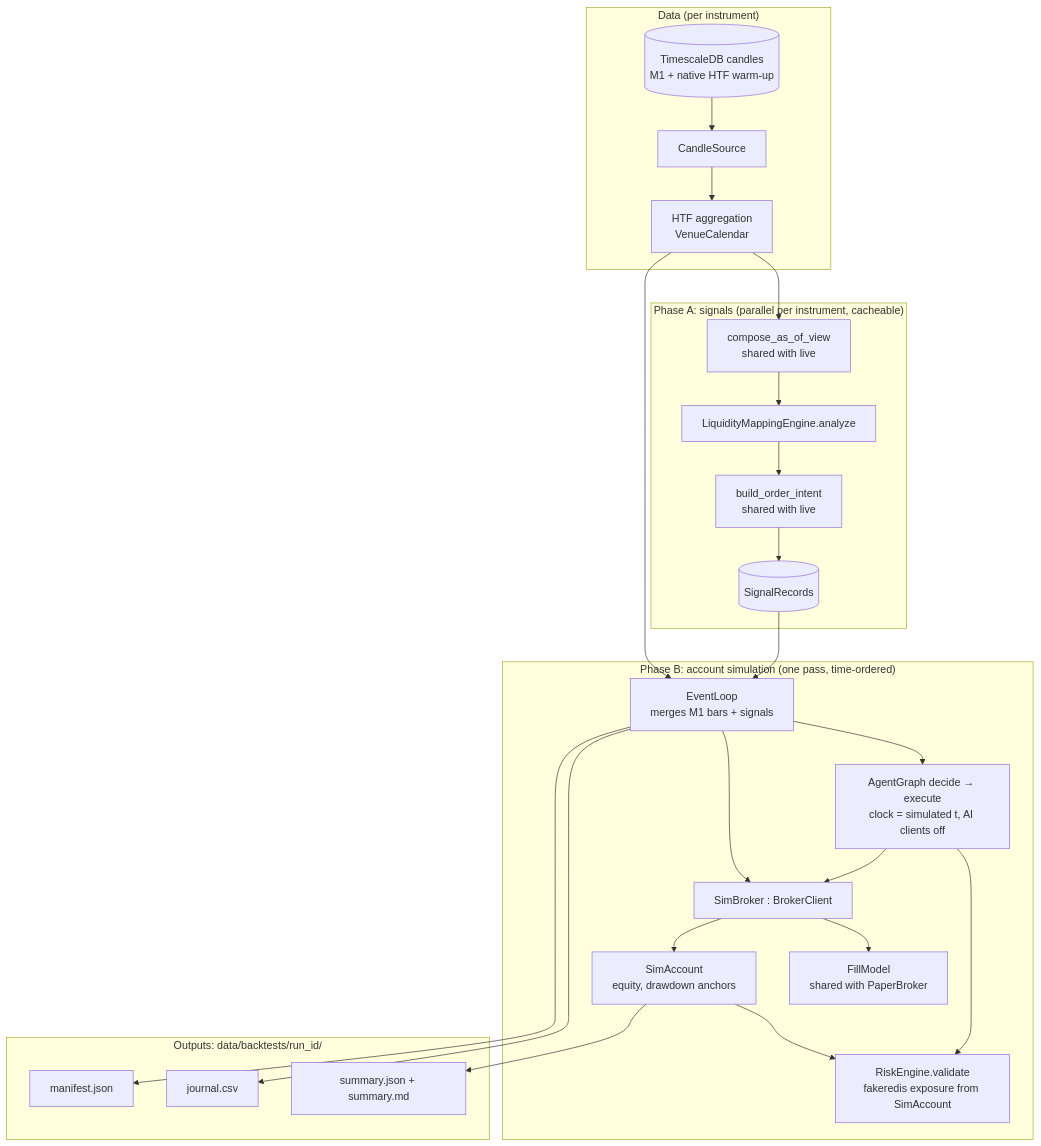
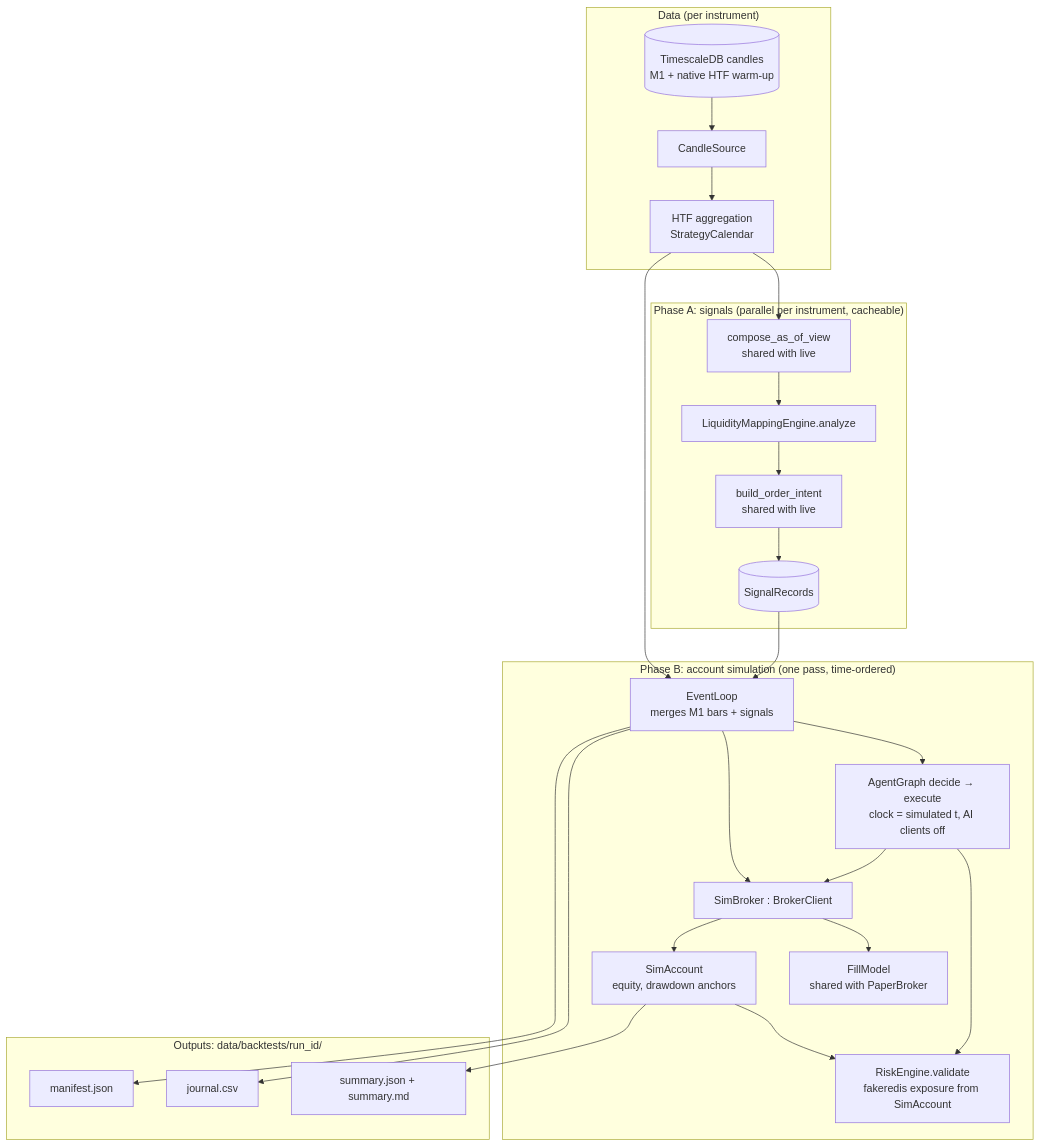
Before and after one commit to RonoHenry/AgentICTrader: the diagram in .kiro/specs/algo-backtester/design.md, drawn with Mermaid. The commit also changed other lines of this file and 2 other files, not shown here.

First line of the commit message:
docs(algo-backtester): broker profiles, New York-close calendar, spread floor

````diff
--- a/.kiro/specs/algo-backtester/design.md
+++ b/.kiro/specs/algo-backtester/design.md
@@ -38,41 +39,41 @@
 ```mermaid
 flowchart TB
     subgraph Data["Data (per instrument)"]
         DB[(TimescaleDB candles<br/>M1 + native HTF warm-up)]
         SRC[CandleSource]
-        AGG[HTF aggregation<br/>VenueCalendar]
+        AGG[HTF aggregation<br/>StrategyCalendar]
         DB --> SRC --> AGG
     end
 
     subgraph PhaseA["Phase A: signals (parallel per instrument, cacheable)"]
         VIEW[compose_as_of_view<br/>shared with live]
         ENG[LiquidityMappingEngine.analyze]
         OI[build_order_intent<br/>shared with live]
         AGG --> VIEW --> ENG --> OI
         OI --> SIG[(SignalRecords)]
     end
 
     subgraph PhaseB["Phase B: account simulation (one pass, time-ordered)"]
         LOOP[EventLoop<br/>merges M1 bars + signals]
         ACC[SimAccount<br/>equity, drawdown anchors]
         GRAPH[AgentGraph decide → execute<br/>clock = simulated t, AI clients off]
         RISK[RiskEngine.validate<br/>fakeredis exposure from SimAccount]
         SB[SimBroker : BrokerClient]
         FM[FillModel<br/>shared with PaperBroker]
         SIG --> LOOP
         AGG --> LOOP
         LOOP --> GRAPH --> RISK
         GRAPH --> SB --> FM
         LOOP --> SB
         SB --> ACC --> RISK
     end
 
     subgraph Out["Outputs: data/backtests/run_id/"]
         MAN[manifest.json]
         JRN[journal.csv]
         SUM[summary.json + summary.md]
     end
     LOOP --> JRN
     ACC --> SUM
     LOOP --> MAN
 ```
````
